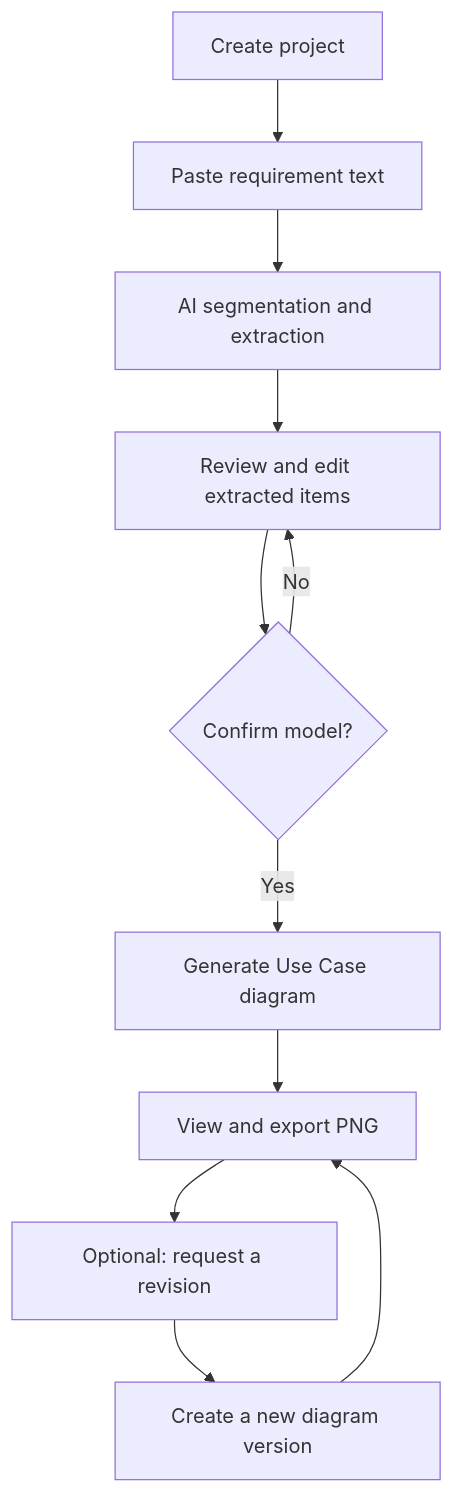
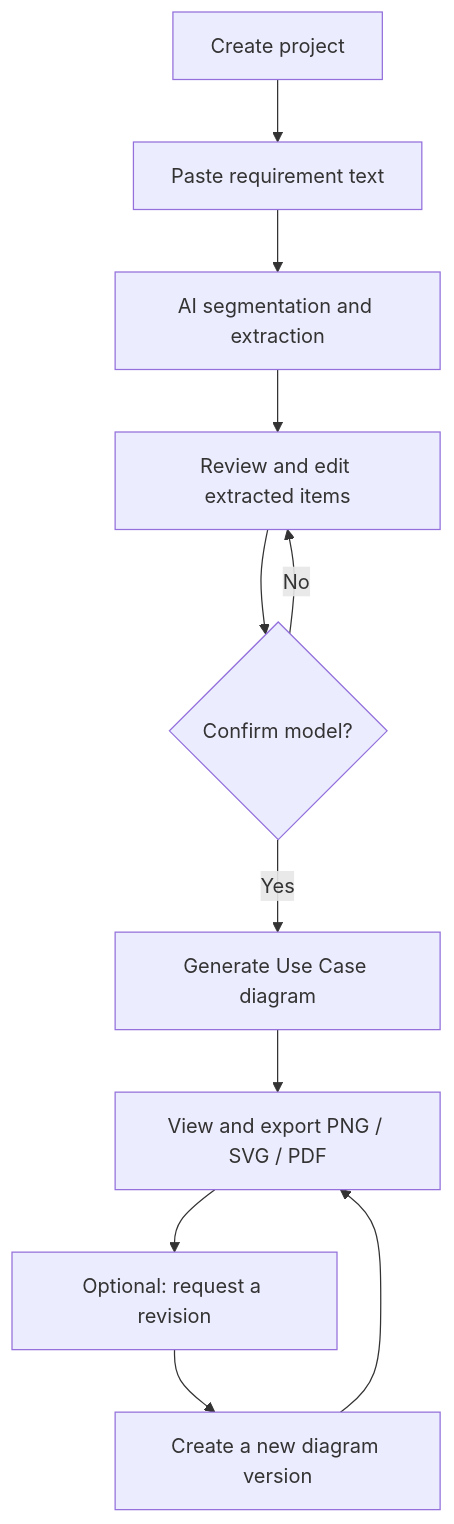
Before and after one commit to RonakVataliya/SDDG: the first of 2 diagrams in README.md, drawn with Mermaid. The commit also changed other lines of this file and 16 other files, not shown here.

First line of the commit message:
FR18: multi-format export (SVG, PDF, source, project ZIP), working with layout editing

````diff
--- a/README.md
+++ b/README.md
@@ -45,13 +45,13 @@
 ```mermaid
 flowchart TD
     A[Create project] --> B[Paste requirement text]
     B --> C[AI segmentation and extraction]
     C --> D[Review and edit extracted items]
     D --> E{Confirm model?}
     E -- No --> D
     E -- Yes --> F[Generate Use Case diagram]
-    F --> G[View and export PNG]
+    F --> G[View and export PNG / SVG / PDF]
     G --> H[Optional: request a revision]
     H --> I[Create a new diagram version]
     I --> G
 ```
````
